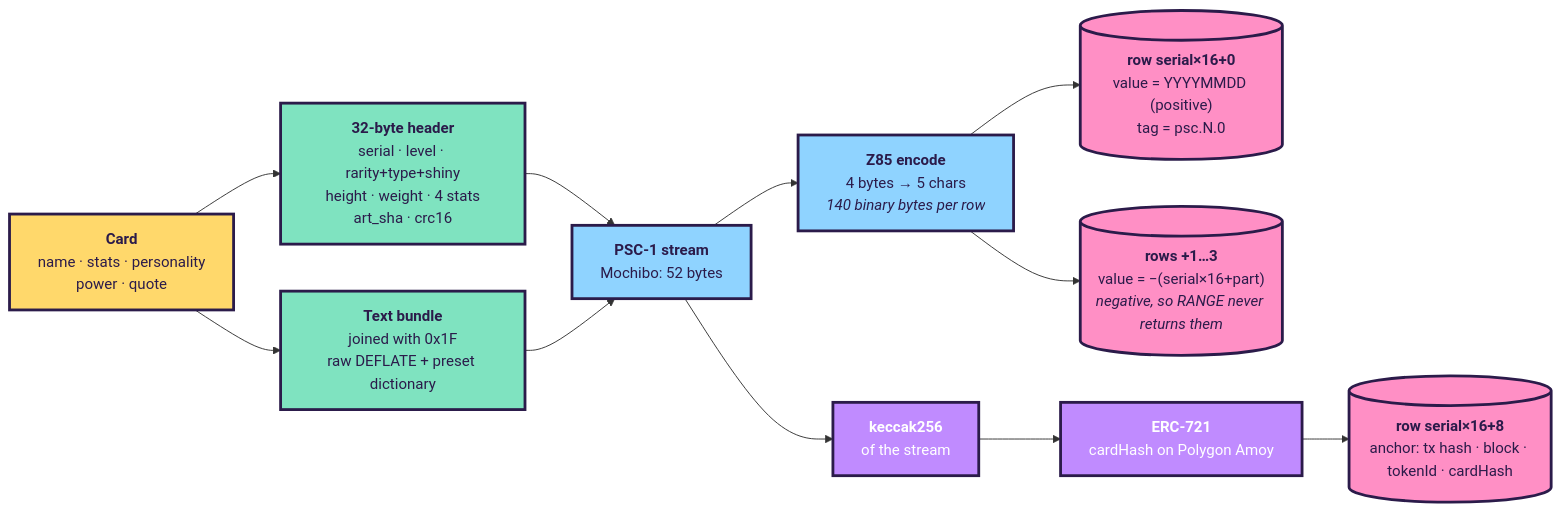
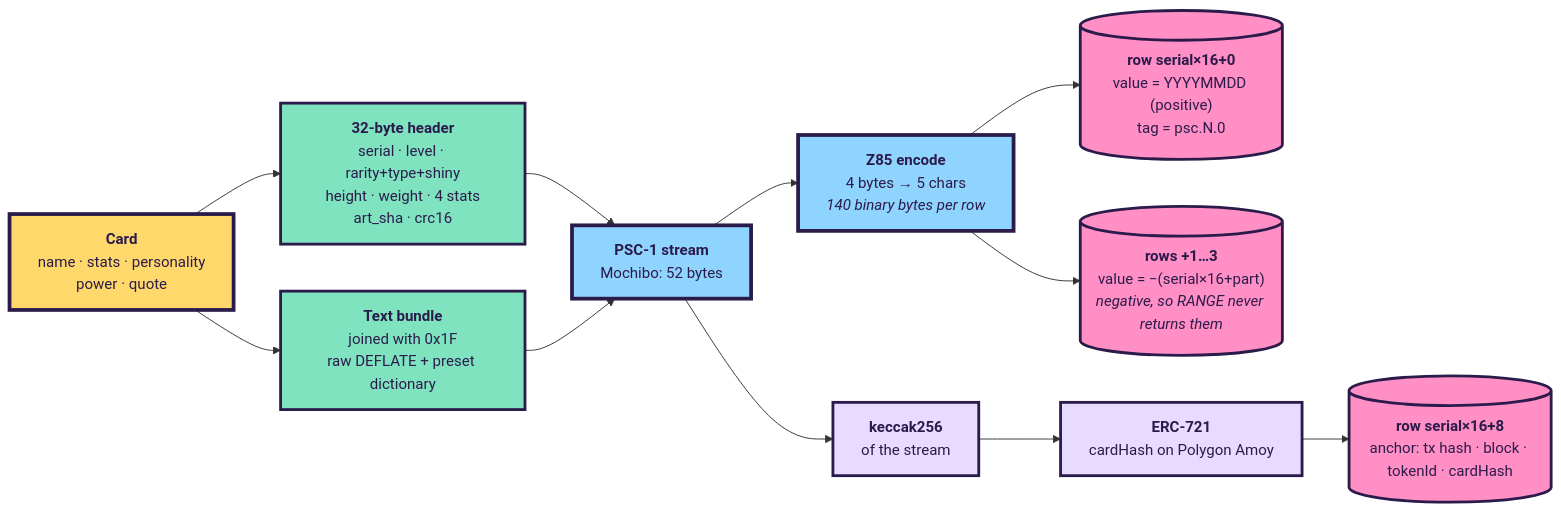
One commit to fredgis/pixelslime changed the sixth of 8 diagrams in docs/ARCHITECTURE.md. Above: the diagram before and after it, drawn with Mermaid. The commit also changed other lines of this file and 3 other files, not shown here.

````diff
--- a/docs/ARCHITECTURE.md
+++ b/docs/ARCHITECTURE.md
@@ -263,31 +359,31 @@
 ```mermaid
 flowchart LR
     CARD["<b>Card</b><br/>name · stats · personality<br/>power · quote"]
     HDR["<b>32-byte header</b><br/>serial · level · rarity+type+shiny<br/>height · weight · 4 stats<br/>art_sha · crc16"]
     TXT["<b>Text bundle</b><br/>joined with 0x1F<br/>raw DEFLATE + preset dictionary"]
     STREAM["<b>PSC-1 stream</b><br/>Mochibo: 52 bytes"]
     Z85["<b>Z85 encode</b><br/>4 bytes → 5 chars<br/><i>140 binary bytes per row</i>"]
     ROW0[("<b>row serial×16+0</b><br/>value = YYYYMMDD (positive)<br/>tag = psc.N.0")]
     ROWN[("<b>rows +1…3</b><br/>value = −(serial×16+part)<br/><i>negative, so RANGE never returns them</i>")]
     ROW8[("<b>row serial×16+8</b><br/>anchor: tx hash · block · tokenId · cardHash")]
     HASH["<b>keccak256</b><br/>of the stream"]
     NFT["<b>ERC-721</b><br/>cardHash on Polygon Amoy"]
 
     CARD --> HDR --> STREAM
     CARD --> TXT --> STREAM
     STREAM --> Z85 --> ROW0
     Z85 --> ROWN
     STREAM --> HASH --> NFT --> ROW8
 
-    classDef src   fill:#FFD86B,stroke:#2B1B4A,stroke-width:3px,color:#2B1B4A
-    classDef proc  fill:#7FE3C0,stroke:#2B1B4A,stroke-width:3px,color:#2B1B4A
-    classDef enc   fill:#8FD3FF,stroke:#2B1B4A,stroke-width:3px,color:#2B1B4A
+    classDef src fill:#FFD86B,stroke:#2B1B4A,stroke-width:4px,color:#2B1B4A
+    classDef proc fill:#7FE3C0,stroke:#2B1B4A,stroke-width:3px,color:#2B1B4A
+    classDef enc fill:#8FD3FF,stroke:#2B1B4A,stroke-width:4px,color:#2B1B4A
     classDef store fill:#FF8FC5,stroke:#2B1B4A,stroke-width:3px,color:#2B1B4A
-    classDef chain fill:#C08BFF,stroke:#2B1B4A,stroke-width:3px,color:#FFFFFF
+    classDef chain fill:#E7DCFF,stroke:#2B1B4A,stroke-width:3px,color:#2B1B4A
 
     class CARD src
     class HDR,TXT proc
     class STREAM,Z85 enc
     class ROW0,ROWN,ROW8 store
     class HASH,NFT chain
 ```
````
